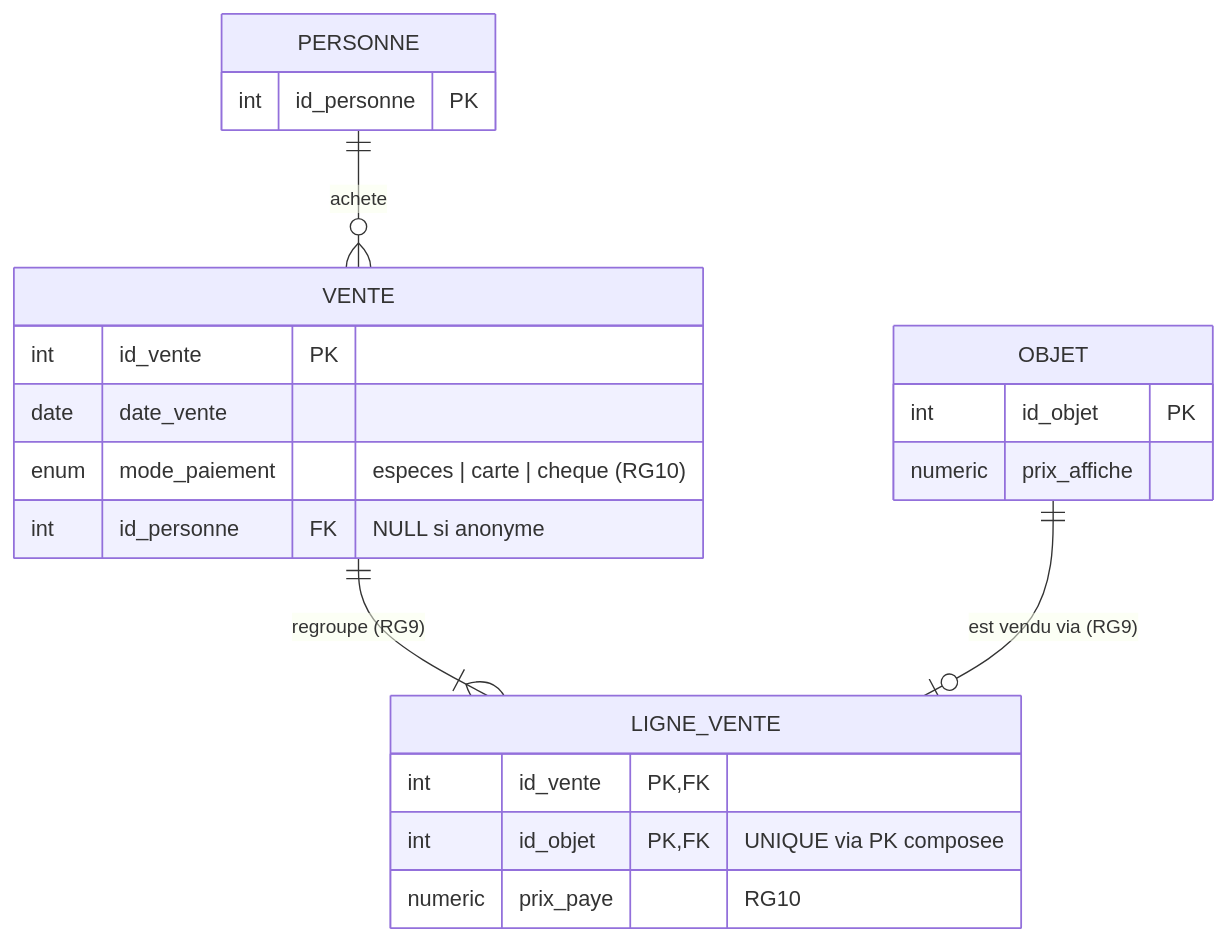
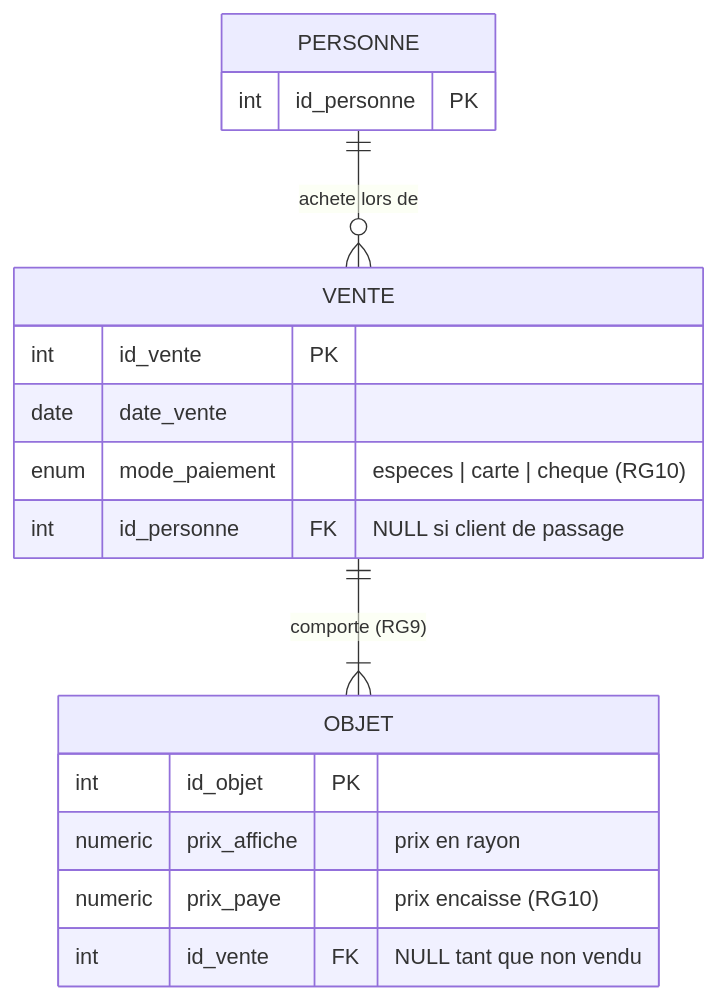
One commit to victormetral/adatabase changed the diagram in conception/schemas-relations/06-vente.mmd. Above: the diagram before and after it, drawn with Mermaid. The commit also changed 11 other files, not shown here.

Commit message:
Phase 3 : schema relationnel 11 tables

```diff
--- a/conception/schemas-relations/06-vente.mmd
+++ b/conception/schemas-relations/06-vente.mmd
@@ -1,22 +1,18 @@
 erDiagram
-    PERSONNE ||--o{ VENTE : "achete"
-    VENTE ||--|{ LIGNE_VENTE : "regroupe (RG9)"
-    OBJET ||--o| LIGNE_VENTE : "est vendu via (RG9)"
+    PERSONNE ||--o{ VENTE : "achete lors de"
+    VENTE ||--|{ OBJET : "comporte (RG9)"
     PERSONNE {
         int id_personne PK
     }
     VENTE {
         int id_vente PK
         date date_vente
         enum mode_paiement "especes | carte | cheque (RG10)"
-        int id_personne FK "NULL si anonyme"
-    }
-    LIGNE_VENTE {
-        int id_vente PK,FK
-        int id_objet PK,FK "UNIQUE via PK composee"
-        numeric prix_paye "RG10"
+        int id_personne FK "NULL si client de passage"
     }
     OBJET {
         int id_objet PK
-        numeric prix_affiche
+        numeric prix_affiche "prix en rayon"
+        numeric prix_paye "prix encaisse (RG10)"
+        int id_vente FK "NULL tant que non vendu"
     }
```
